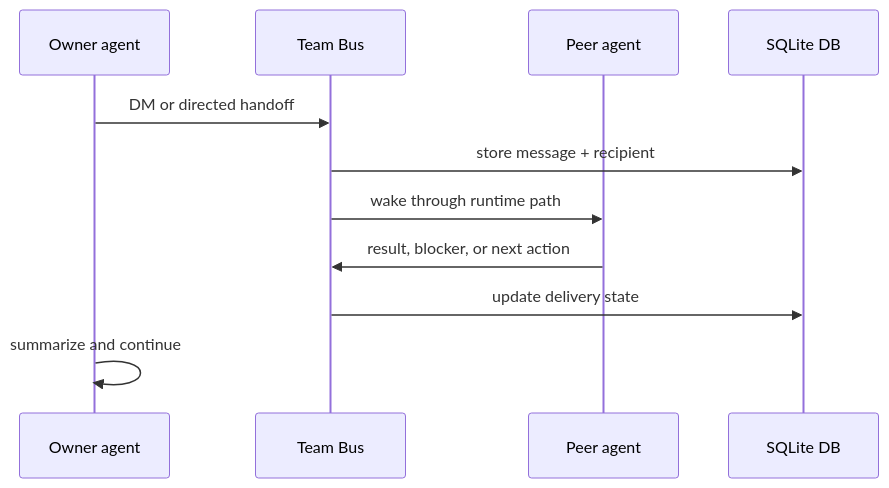
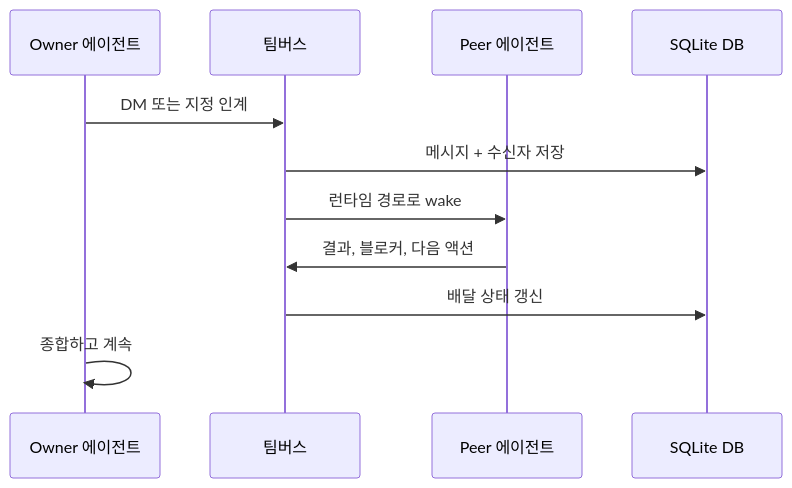
Before and after one commit to b3rys/b3rys-team-os: the fourth of 6 diagrams in docs/COMMUNICATION_FLOW.md, drawn with Mermaid. The commit also changed other lines of this file, not shown here.

First line of the commit message:
docs(comm-flow): 한글화 + mermaid 파싱에러 수정 (#31)

````diff
--- a/docs/COMMUNICATION_FLOW.md
+++ b/docs/COMMUNICATION_FLOW.md
@@ -149,13 +151,13 @@
 ```mermaid
 sequenceDiagram
-  participant Owner as Owner agent
-  participant Bus as Team Bus
-  participant Peer as Peer agent
+  participant Owner as Owner 에이전트
+  participant Bus as 팀버스
+  participant Peer as Peer 에이전트
   participant DB as SQLite DB
-  Owner->>Bus: DM or directed handoff
-  Bus->>DB: store message + recipient
-  Bus->>Peer: wake through runtime path
-  Peer->>Bus: result, blocker, or next action
-  Bus->>DB: update delivery state
-  Owner->>Owner: summarize and continue
+  Owner->>Bus: DM 또는 지정 인계
+  Bus->>DB: 메시지 + 수신자 저장
+  Bus->>Peer: 런타임 경로로 wake
+  Peer->>Bus: 결과, 블로커, 다음 액션
+  Bus->>DB: 배달 상태 갱신
+  Owner->>Owner: 종합하고 계속
 ```
````
